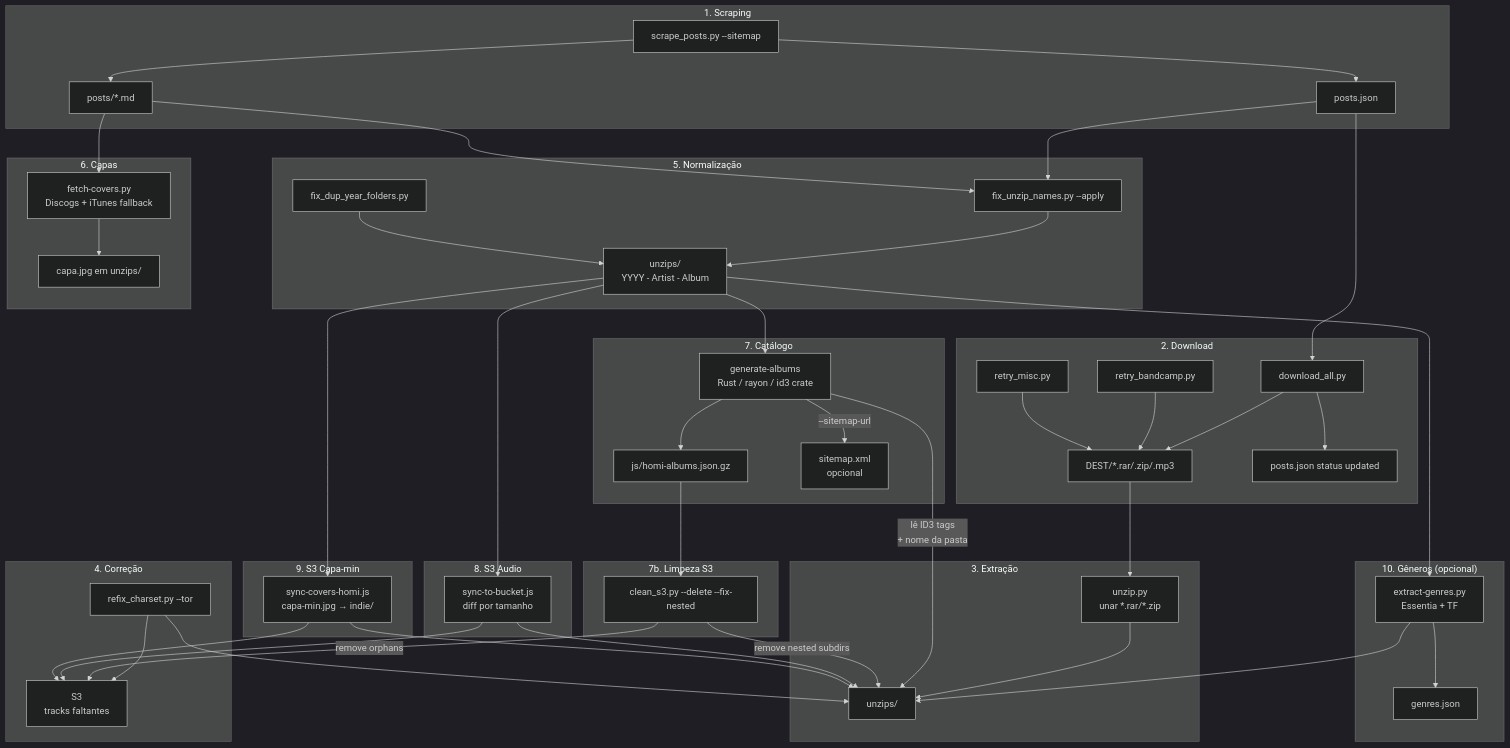
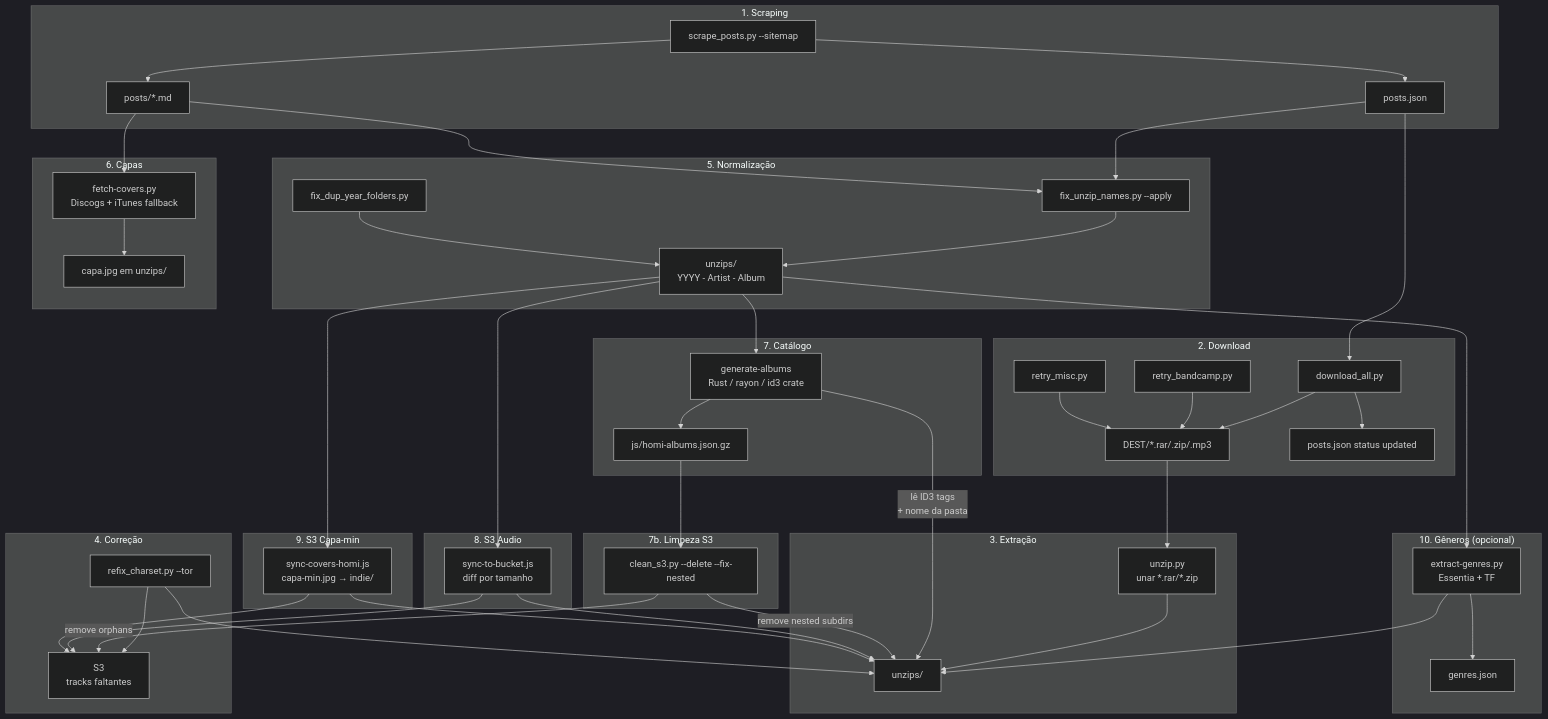
Before and after one commit to rafapolo/tocador: the diagram in docs/pipeline.md, drawn with Mermaid (dark theme). The commit also changed other lines of this file and 2 other files, not shown here.

First line of the commit message:
refactor: drop sitemap output from the album generator

````diff
--- a/docs/pipeline.md
+++ b/docs/pipeline.md
@@ -3,69 +3,68 @@
 ```mermaid
 flowchart TD
     subgraph Phase1["1. Scraping"]
         A[scrape_posts.py --sitemap] --> B[posts.json]
         A --> C[posts/*.md]
     end
 
     subgraph Phase2["2. Download"]
         D[download_all.py] --> E[DEST/*.rar/.zip/.mp3]
         D --> F[posts.json status updated]
         G[retry_bandcamp.py] --> E
         H[retry_misc.py] --> E
     end
 
     subgraph Phase3["3. Extração"]
         I[unzip.py<br>unar *.rar/*.zip] --> J[unzips/]
     end
 
     subgraph Phase4["4. Correção"]
         K[refix_charset.py --tor] --> J
         K --> L[S3<br>tracks faltantes]
     end
 
     subgraph Phase5["5. Normalização"]
         M[fix_unzip_names.py --apply] --> N[unzips/<br>YYYY - Artist - Album]
         O[fix_dup_year_folders.py] --> N
     end
 
     subgraph Phase6["6. Capas"]
         P[fetch-covers.py<br>Discogs + iTunes fallback] --> Q[capa.jpg em unzips/]
     end
 
     subgraph Phase7["7. Catálogo"]
         V[generate-albums<br>Rust / rayon / id3 crate] --> W[js/homi-albums.json.gz]
         V -->|lê ID3 tags<br>+ nome da pasta| J
-        V -->|--sitemap-url| SX[sitemap.xml<br>opcional]
     end
 
     subgraph Phase7b["7b. Limpeza S3"]
         CL[clean_s3.py --delete --fix-nested] -->|remove orphans| L
         CL -->|remove nested subdirs| J
         W --> CL
     end
 
     subgraph Phase8["8. S3 Audio"]
         X[sync-to-bucket.js<br>diff por tamanho] --> L
         X --> J
     end
 
     subgraph Phase9["9. S3 Capa-min"]
         Y[sync-covers-homi.js<br>capa-min.jpg → indie/] --> L
         Y --> J
     end
 
     subgraph Phase10["10. Gêneros (opcional)"]
         Z[extract-genres.py<br>Essentia + TF] --> AA[genres.json]
         Z --> J
     end
 
     B --> D
     B --> M
     C --> M
     C --> P
     N --> V
     N --> X
     N --> Y
     N --> Z
     E --> I
 ```
````
